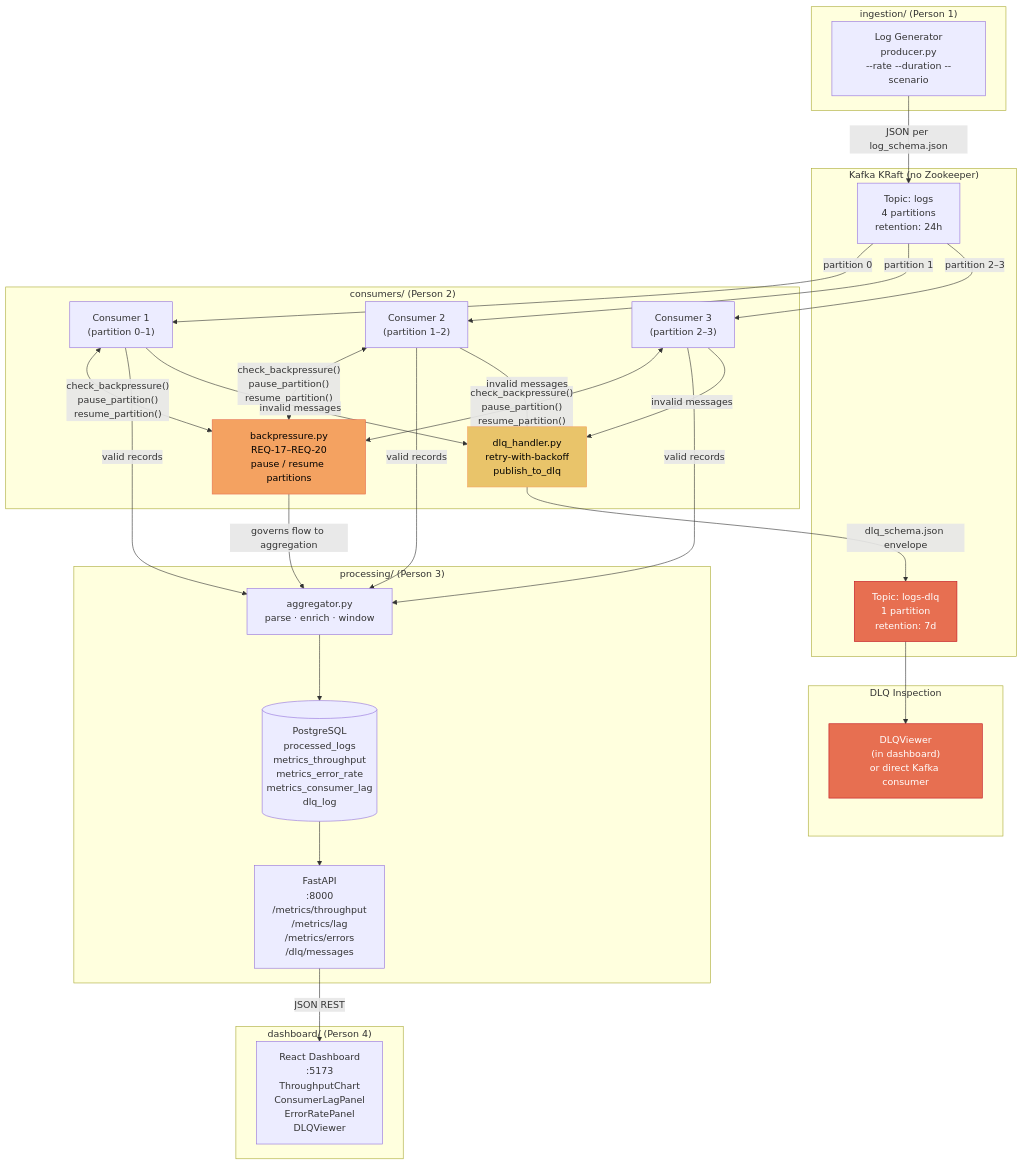
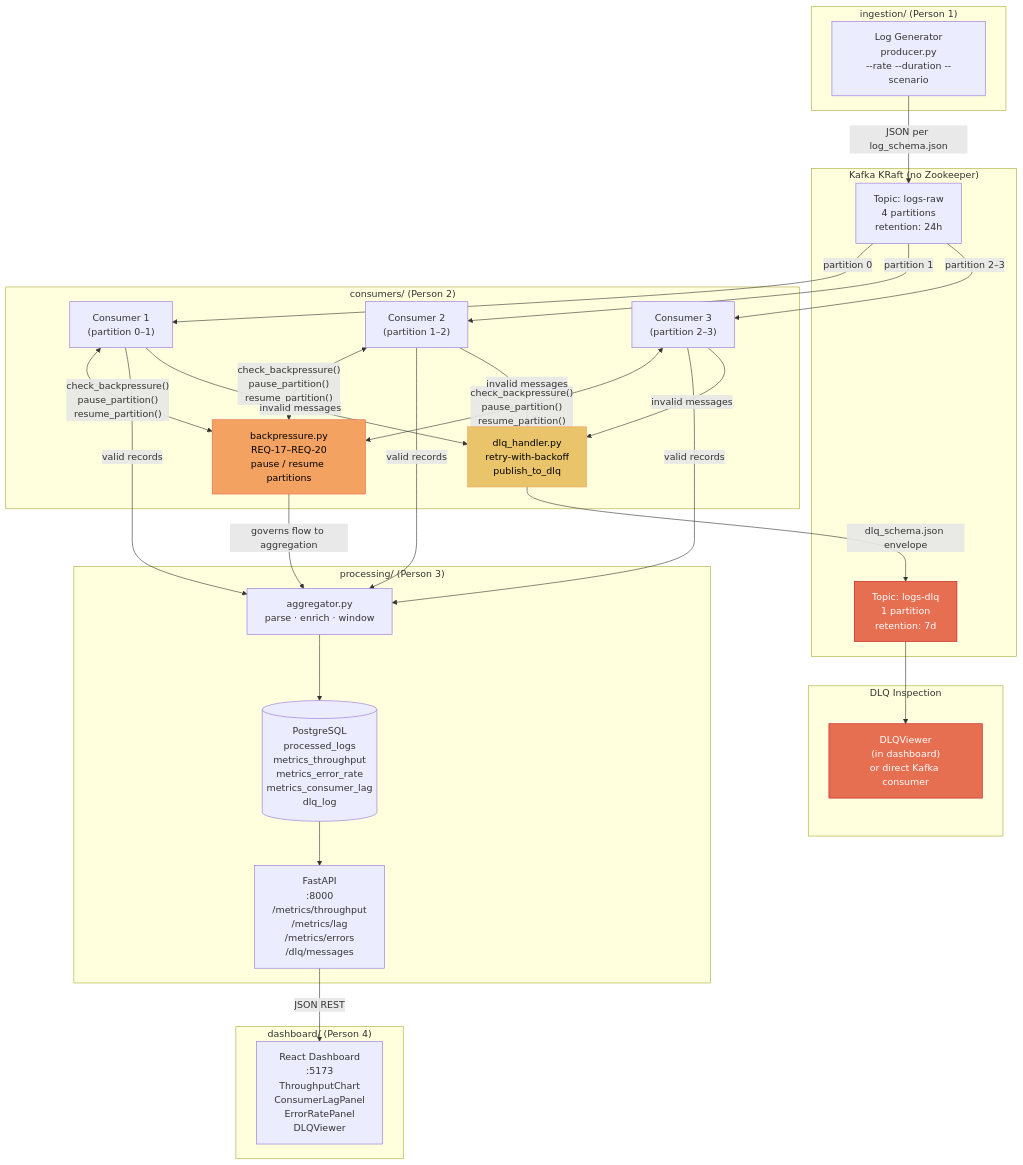
The diagram in README.md (vrinda-054/LogFlow), drawn with Mermaid before and after one commit. The commit also changed other lines of this file and 8 other files, not shown here.

````diff
--- a/README.md
+++ b/README.md
@@ -13,65 +13,65 @@
 ```mermaid
 flowchart TD
     subgraph ingestion["ingestion/  (Person 1)"]
         A["Log Generator\nproducer.py\n--rate --duration --scenario"]
     end
 
     subgraph kafka["Kafka KRaft (no Zookeeper)"]
-        B["Topic: logs\n4 partitions\nretention: 24h"]
+        B["Topic: logs-raw\n4 partitions\nretention: 24h"]
         DLQ_TOPIC["Topic: logs-dlq\n1 partition\nretention: 7d"]
     end
 
     subgraph consumers["consumers/  (Person 2)"]
         C1["Consumer 1\n(partition 0–1)"]
         C2["Consumer 2\n(partition 1–2)"]
         C3["Consumer 3\n(partition 2–3)"]
         BP["backpressure.py\nREQ-17–REQ-20\npause / resume partitions"]
         DLQ_H["dlq_handler.py\nretry-with-backoff\npublish_to_dlq"]
     end
 
     subgraph processing["processing/  (Person 3)"]
         AGG["aggregator.py\nparse · enrich · window"]
         DB[("PostgreSQL\nprocessed_logs\nmetrics_throughput\nmetrics_error_rate\nmetrics_consumer_lag\ndlq_log")]
         API["FastAPI\n:8000\n/metrics/throughput\n/metrics/lag\n/metrics/errors\n/dlq/messages"]
     end
 
     subgraph dashboard["dashboard/  (Person 4)"]
         REACT["React Dashboard\n:5173\nThroughputChart\nConsumerLagPanel\nErrorRatePanel\nDLQViewer"]
     end
 
     subgraph dlq_inspect["DLQ Inspection"]
         DLQ_VIEW["DLQViewer\n(in dashboard)\nor direct Kafka consumer"]
     end
 
     A -->|"JSON per log_schema.json"| B
     B -->|"partition 0"| C1
     B -->|"partition 1"| C2
     B -->|"partition 2–3"| C3
 
     C1 <-->|"check_backpressure()\npause_partition()\nresume_partition()"| BP
     C2 <-->|"check_backpressure()\npause_partition()\nresume_partition()"| BP
     C3 <-->|"check_backpressure()\npause_partition()\nresume_partition()"| BP
 
     BP -->|"governs flow to aggregation"| AGG
 
     C1 -->|"valid records"| AGG
     C2 -->|"valid records"| AGG
     C3 -->|"valid records"| AGG
 
     C1 -->|"invalid messages"| DLQ_H
     C2 -->|"invalid messages"| DLQ_H
     C3 -->|"invalid messages"| DLQ_H
 
     DLQ_H -->|"dlq_schema.json envelope"| DLQ_TOPIC
 
     AGG --> DB
     DB --> API
     API -->|"JSON REST"| REACT
 
     DLQ_TOPIC --> DLQ_VIEW
 
     style BP fill:#f4a261,stroke:#e76f51,color:#000
     style DLQ_H fill:#e9c46a,stroke:#f4a261,color:#000
     style DLQ_TOPIC fill:#e76f51,stroke:#c1121f,color:#fff
     style DLQ_VIEW fill:#e76f51,stroke:#c1121f,color:#fff
 ```
````
